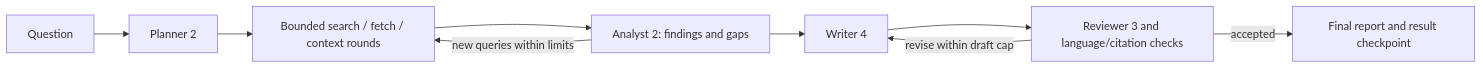
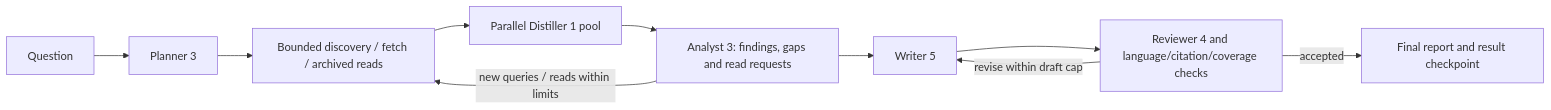
One commit to ZhuoQiuMcgill/DeepResearchEngine changed the diagram in README.md. Above: the diagram before and after it, drawn with Mermaid. The commit also changed other lines of this file and 76 other files, not shown here.

Commit message:
Implement parallel archived-source baseline research

````diff
--- a/README.md
+++ b/README.md
@@ -92,11 +92,12 @@
 ```mermaid
 flowchart LR
-    Question[Question] --> Planner[Planner 2]
-    Planner --> Rounds[Bounded search / fetch / context rounds]
-    Rounds --> Analyst[Analyst 2: findings and gaps]
-    Analyst -->|new queries within limits| Rounds
-    Analyst --> Writer[Writer 4]
-    Writer --> Review[Reviewer 3 and language/citation checks]
+    Question[Question] --> Planner[Planner 3]
+    Planner --> Rounds[Bounded discovery / fetch / archived reads]
+    Rounds --> Distillers[Parallel Distiller 1 pool]
+    Distillers --> Analyst[Analyst 3: findings, gaps and read requests]
+    Analyst -->|new queries / reads within limits| Rounds
+    Analyst --> Writer[Writer 5]
+    Writer --> Review[Reviewer 4 and language/citation/coverage checks]
     Review -->|revise within draft cap| Writer
     Review -->|accepted| Report[Final report and result checkpoint]
 ```
````
